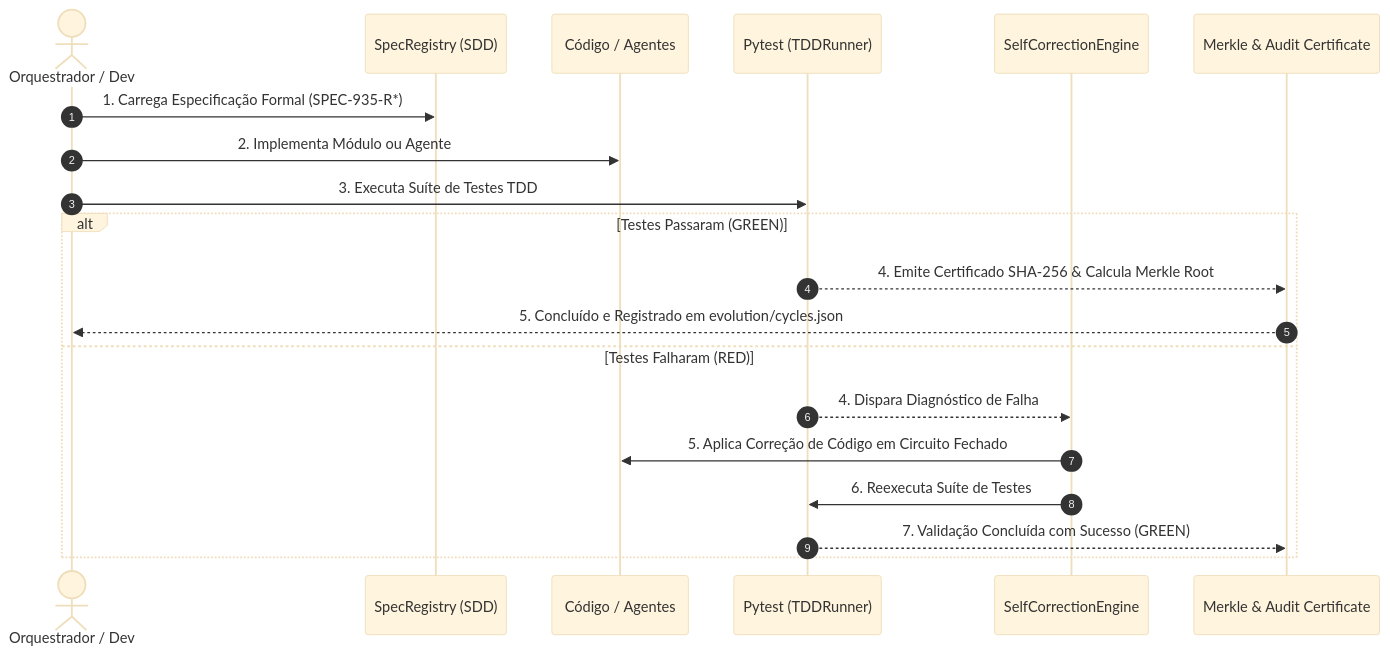
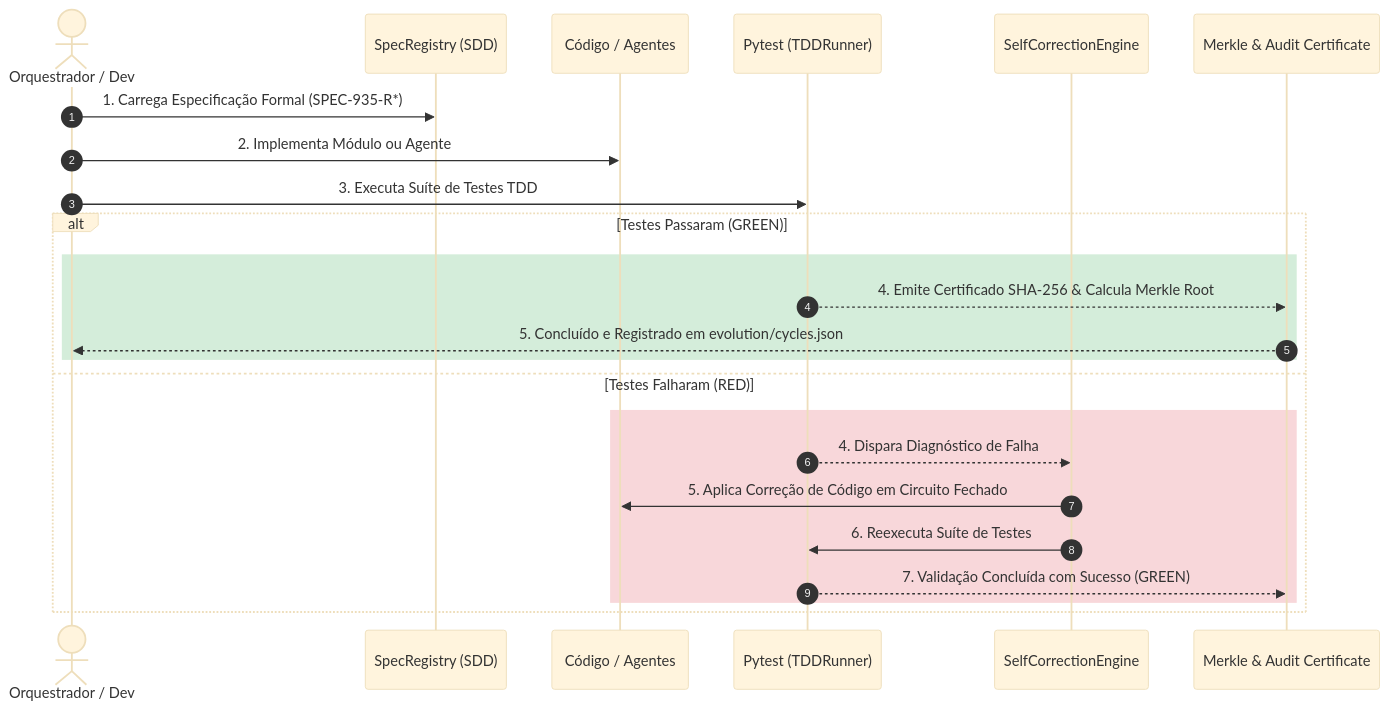
Before and after one commit to MarceloClaro/opencode-ecosystem-core: the third of 4 diagrams in README.md, drawn with Mermaid (base theme). The commit also changed other lines of this file, not shown here.

First line of the commit message:
docs(readme): implementa paleta de cores real nos diagramas Mermaid + corrige números obsoletos

````diff
--- a/README.md
+++ b/README.md
@@ -389,23 +413,27 @@
 ```mermaid
 sequenceDiagram
     autonumber
     actor Dev as Orquestrador / Dev
     participant Spec as SpecRegistry (SDD)
     participant Code as Código / Agentes
     participant Test as Pytest (TDDRunner)
     participant SelfCorr as SelfCorrectionEngine
     participant Audit as Merkle & Audit Certificate
 
     Dev->>Spec: 1. Carrega Especificação Formal (SPEC-935-R*)
     Dev->>Code: 2. Implementa Módulo ou Agente
     Dev->>Test: 3. Executa Suíte de Testes TDD
     alt Testes Passaram (GREEN)
+        rect rgb(212, 237, 218)
         Test-->>Audit: 4. Emite Certificado SHA-256 & Calcula Merkle Root
         Audit-->>Dev: 5. Concluído e Registrado em evolution/cycles.json
+        end
     else Testes Falharam (RED)
+        rect rgb(248, 215, 218)
         Test-->>SelfCorr: 4. Dispara Diagnóstico de Falha
         SelfCorr->>Code: 5. Aplica Correção de Código em Circuito Fechado
         SelfCorr->>Test: 6. Reexecuta Suíte de Testes
         Test-->>Audit: 7. Validação Concluída com Sucesso (GREEN)
+        end
     end
 ```
````
